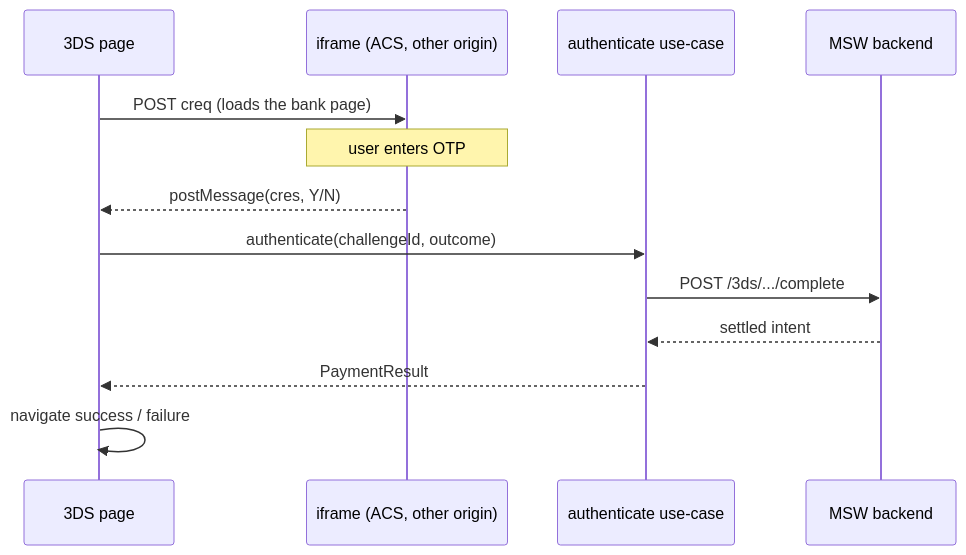
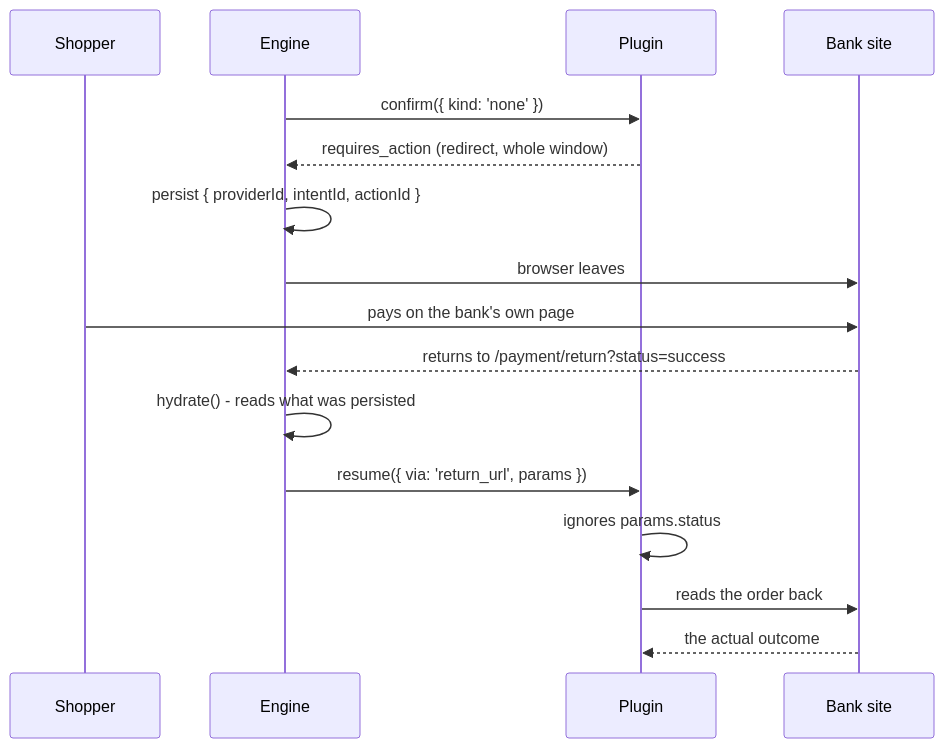
One commit to themafia98/payment-gateway changed the third of 3 diagrams in docs/architecture.md. Above: the diagram before and after it, drawn with Mermaid. The commit also changed other lines of this file and 4 other files, not shown here.

````diff
--- a/docs/architecture.md
+++ b/docs/architecture.md
@@ -152,15 +143,19 @@
 ```mermaid
 sequenceDiagram
-    participant P as 3DS page
-    participant I as iframe (ACS, other origin)
-    participant UC as authenticate use-case
-    participant B as MSW backend
-    P->>I: POST creq (loads the bank page)
-    Note over I: user enters OTP
-    I-->>P: postMessage(cres, Y/N)
-    P->>UC: authenticate(challengeId, outcome)
-    UC->>B: POST /3ds/.../complete
-    B-->>UC: settled intent
-    UC-->>P: PaymentResult
-    P->>P: navigate success / failure
+    participant S as Shopper
+    participant E as Engine
+    participant P as Plugin
+    participant B as Bank site
+
+    E->>P: confirm({ kind: 'none' })
+    P-->>E: requires_action (redirect, whole window)
+    E->>E: persist { providerId, intentId, actionId }
+    E->>B: browser leaves
+    S->>B: pays on the bank's own page
+    B-->>E: returns to /payment/return?status=success
+    E->>E: hydrate() - reads what was persisted
+    E->>P: resume({ via: 'return_url', params })
+    P->>P: ignores params.status
+    P->>B: reads the order back
+    B-->>P: the actual outcome
 ```
````
